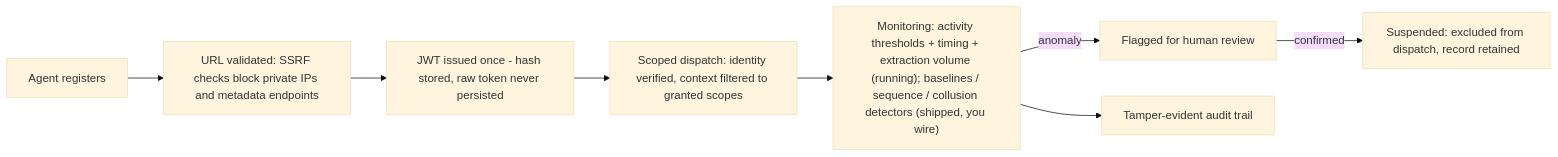
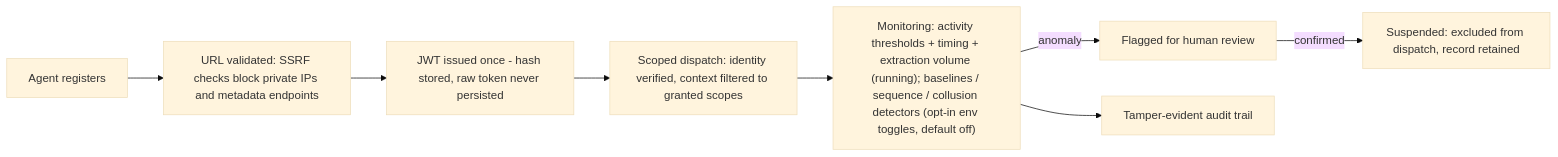
One commit to KangaKode/aiscaffold changed the third of 3 diagrams in docs/SECURITY_MODEL.md. Above: the diagram before and after it, drawn with Mermaid (base theme). The commit also changed other lines of this file and 29 other files, not shown here.

````diff
--- a/docs/SECURITY_MODEL.md
+++ b/docs/SECURITY_MODEL.md
@@ -80,10 +80,10 @@
 ```mermaid
 flowchart LR
     Reg["Agent registers"] --> Val["URL validated: SSRF checks block private IPs and metadata endpoints"]
     Val --> Tok["JWT issued once - hash stored, raw token never persisted"]
     Tok --> Disp["Scoped dispatch: identity verified, context filtered to granted scopes"]
-    Disp --> Mon["Monitoring: activity thresholds + timing + extraction volume (running); baselines / sequence / collusion detectors (shipped, you wire)"]
+    Disp --> Mon["Monitoring: activity thresholds + timing + extraction volume (running); baselines / sequence / collusion detectors (opt-in env toggles, default off)"]
     Mon -->|"anomaly"| Flag["Flagged for human review"]
     Flag -->|"confirmed"| Susp["Suspended: excluded from dispatch, record retained"]
     Mon --> AuditT["Tamper-evident audit trail"]
 ```
````
